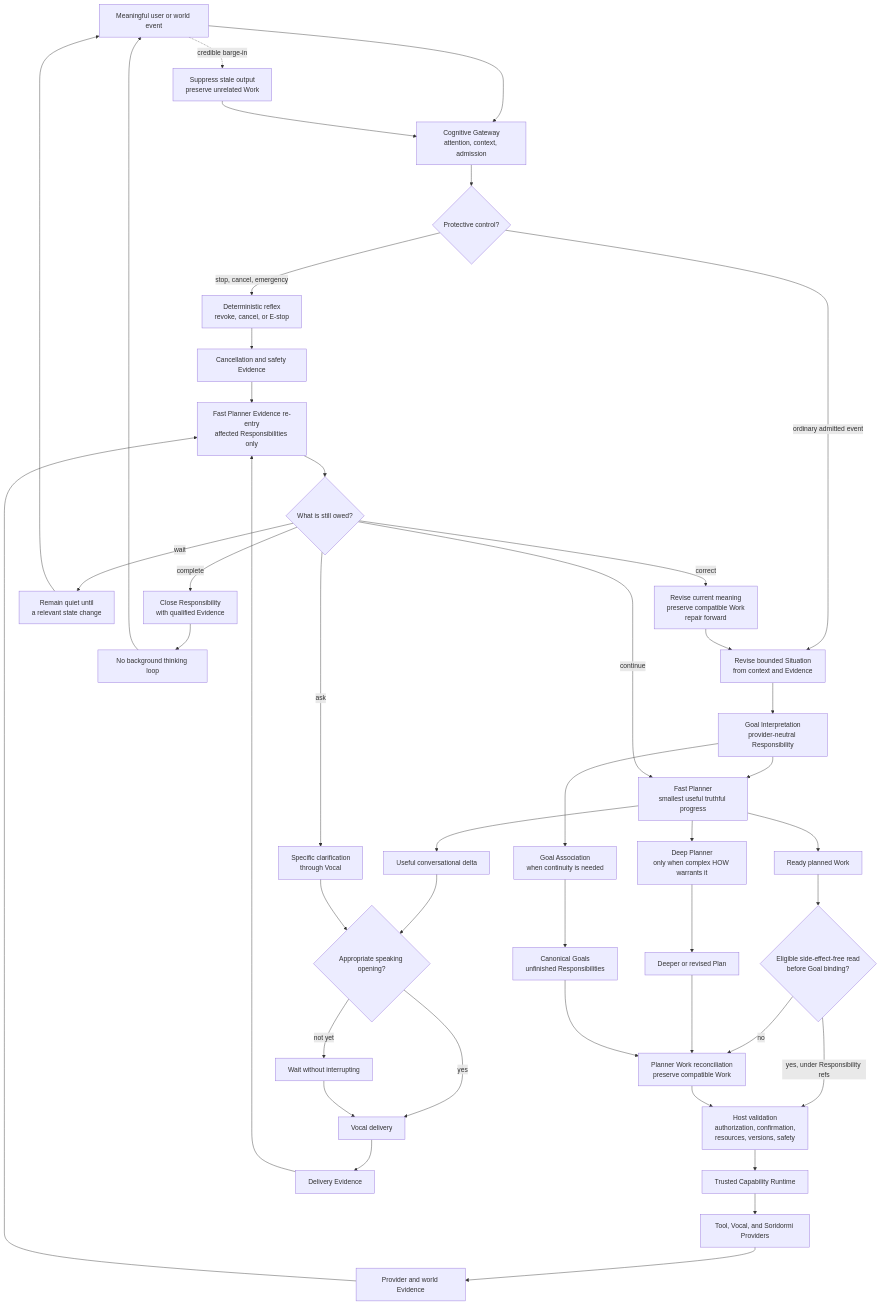
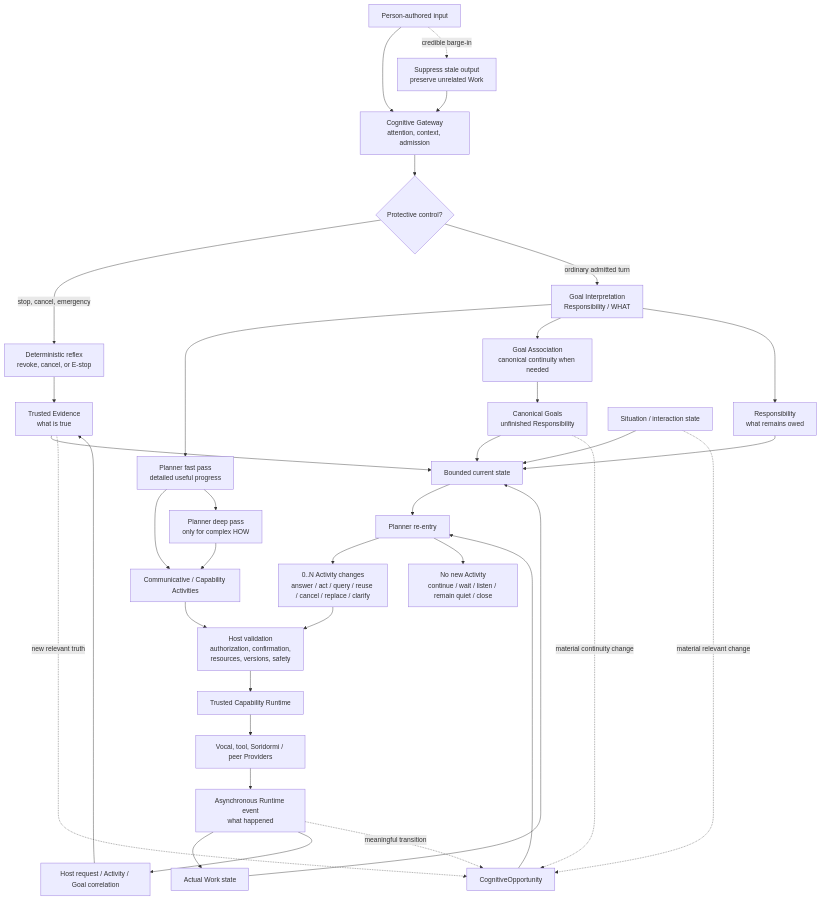
One commit to TimeTreker/chromie changed the diagram in docs/GOAL_DRIVEN_COGNITIVE_ARCHITECTURE.md. Above: the diagram before and after it, drawn with Mermaid. The commit also changed other lines of this file and 17 other files, not shown here.

````diff
--- a/docs/GOAL_DRIVEN_COGNITIVE_ARCHITECTURE.md
+++ b/docs/GOAL_DRIVEN_COGNITIVE_ARCHITECTURE.md
@@ -1623,55 +1609,45 @@
 ```mermaid
 flowchart TD
-    EVENT["Meaningful user or world event"] --> GATEWAY["Cognitive Gateway<br/>attention, context, admission"]
+    USER["Person-authored input"] --> GATEWAY["Cognitive Gateway<br/>attention, context, admission"]
     GATEWAY --> CONTROL{"Protective control?"}
     CONTROL -->|"stop, cancel, emergency"| REFLEX["Deterministic reflex<br/>revoke, cancel, or E-stop"]
-    CONTROL -->|"ordinary admitted event"| SITUATION["Revise bounded Situation<br/>from context and Evidence"]
+    CONTROL -->|"ordinary admitted turn"| GI["Goal Interpretation<br/>Responsibility / WHAT"]
 
-    REFLEX --> REFLEXEVIDENCE["Cancellation and safety Evidence"]
-    REFLEXEVIDENCE --> REENTRY["Fast Planner Evidence re-entry<br/>affected Responsibilities only"]
+    GI --> PLAN["Planner fast pass<br/>detailed useful progress"]
+    GI --> GA["Goal Association<br/>canonical continuity when needed"]
+    PLAN --> WORK["Communicative / Capability Activities"]
+    PLAN --> DEEP["Planner deep pass<br/>only for complex HOW"]
+    DEEP --> WORK
+    GA --> GOALS["Canonical Goals<br/>unfinished Responsibility"]
 
-    SITUATION --> GI["Goal Interpretation<br/>provider-neutral Responsibility"]
-    GI --> FAST["Fast Planner<br/>smallest useful truthful progress"]
-    GI --> GA["Goal Association<br/>when continuity is needed"]
+    WORK --> HOST["Host validation<br/>authorization, confirmation,<br/>resources, versions, safety"]
+    HOST --> RUNTIME["Trusted Capability Runtime"]
+    RUNTIME --> PROVIDER["Vocal, tool, Soridormi / peer Providers"]
+    PROVIDER --> EVENT["Asynchronous Runtime event<br/>what happened"]
 
-    FAST --> COMM["Useful conversational delta"]
-    FAST --> WORK["Ready planned Work"]
-    FAST --> SLOW["Deep Planner<br/>only when complex HOW warrants it"]
-    GA --> GOALS["Canonical Goals<br/>unfinished Responsibilities"]
-    WORK --> EARLY{"Eligible side-effect-free read<br/>before Goal binding?"}
-    EARLY -->|"yes, under Responsibility refs"| HOST
-    EARLY -->|"no"| BIND["Planner Work reconciliation<br/>preserve compatible Work"]
-    SLOW --> REVISION["Deeper or revised Plan"]
-    REVISION --> BIND
-    GOALS --> BIND
+    EVENT --> WORKSTATE["Actual Work state"]
+    EVENT --> CORRELATE["Host request / Activity / Goal correlation"]
+    CORRELATE --> EVIDENCE["Trusted Evidence<br/>what is true"]
+    REFLEX --> EVIDENCE
 
-    COMM --> OPENING{"Appropriate speaking opening?"}
-    OPENING -->|"yes"| VOCAL["Vocal delivery"]
-    OPENING -->|"not yet"| QUEUE["Wait without interrupting"]
-    QUEUE --> VOCAL
+    GI --> RESP["Responsibility<br/>what remains owed"]
+    RESP --> STATE["Bounded current state"]
+    GOALS --> STATE
+    WORKSTATE --> STATE
+    EVIDENCE --> STATE
+    SITUATION["Situation / interaction state"] --> STATE
 
-    BIND --> HOST["Host validation<br/>authorization, confirmation,<br/>resources, versions, safety"]
-    HOST --> RUNTIME["Trusted Capability Runtime"]
-    RUNTIME --> PROVIDER["Tool, Vocal, and Soridormi Providers"]
+    EVENT -. "meaningful transition" .-> OPP["CognitiveOpportunity"]
+    EVIDENCE -. "new relevant truth" .-> OPP
+    GOALS -. "material continuity change" .-> OPP
+    SITUATION -. "material relevant change" .-> OPP
+    OPP --> REENTRY["Planner re-entry"]
+    STATE --> REENTRY
 
-    VOCAL --> DELIVERY["Delivery Evidence"]
-    PROVIDER --> OUTCOME["Provider and world Evidence"]
-    DELIVERY --> REENTRY
-    OUTCOME --> REENTRY
+    REENTRY --> DELTA["0..N Activity changes<br/>answer / act / query / reuse / cancel / replace / clarify"]
+    REENTRY --> QUIET["No new Activity<br/>continue / wait / listen / remain quiet / close"]
+    DELTA --> HOST
 
-    REENTRY --> OWED{"What is still owed?"}
-    OWED -->|"continue"| FAST
-    OWED -->|"ask"| ASK["Specific clarification<br/>through Vocal"]
-    OWED -->|"correct"| CORRECT["Revise current meaning<br/>preserve compatible Work<br/>repair forward"]
-    OWED -->|"wait"| WAIT["Remain quiet until<br/>a relevant state change"]
-    OWED -->|"complete"| CLOSE["Close Responsibility<br/>with qualified Evidence"]
-
-    ASK --> OPENING
-    CORRECT --> SITUATION
-    WAIT --> EVENT
-    CLOSE --> QUIET["No background thinking loop"]
-    QUIET --> EVENT
-
-    EVENT -. "credible barge-in" .-> YIELD["Suppress stale output<br/>preserve unrelated Work"]
+    USER -. "credible barge-in" .-> YIELD["Suppress stale output<br/>preserve unrelated Work"]
     YIELD --> GATEWAY
 ```
````
